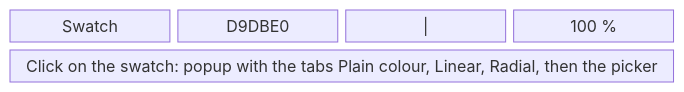
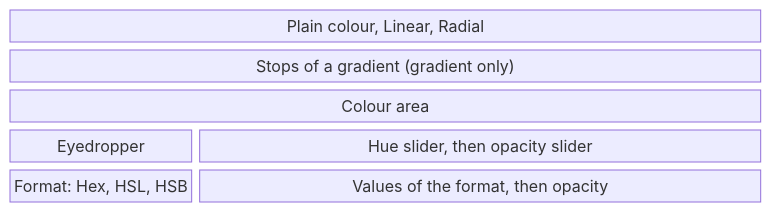
The diagram in controls/colour-field.md (AlexandreGallais/synoptic-studio-spec), drawn with Mermaid before and after one commit. The commit also changed other lines of this file and 18 other files, not shown here.

````diff
--- a/controls/colour-field.md
+++ b/controls/colour-field.md
@@ -19,6 +30,9 @@
 ```mermaid
 block-beta
     columns 4
-    sw["Swatch"] hex["D9DBE0"] sep["|"] op["100 %"]
-    pop["Click on the swatch: popup with the tabs Plain colour, Linear, Radial, then the picker"]:4
+    tabs["Plain colour, Linear, Radial"]:4
+    stops["Stops of a gradient (gradient only)"]:4
+    area["Colour area"]:4
+    eye["Eyedropper"] sliders["Hue slider, then opacity slider"]:3
+    fmt["Format: Hex, HSL, HSB"] vals["Values of the format, then opacity"]:3
 ```
````
